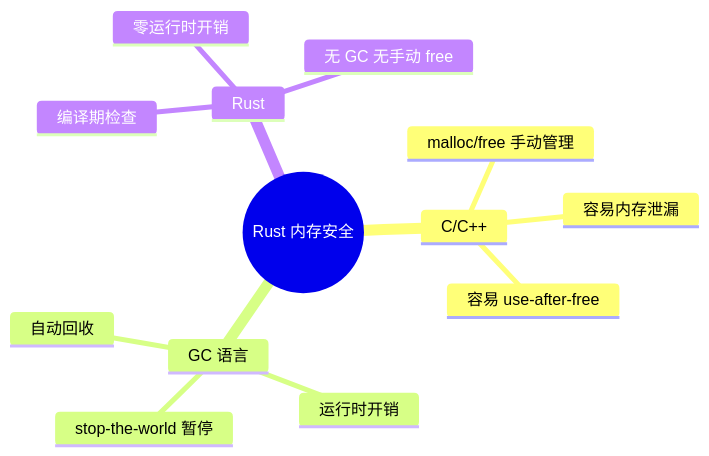
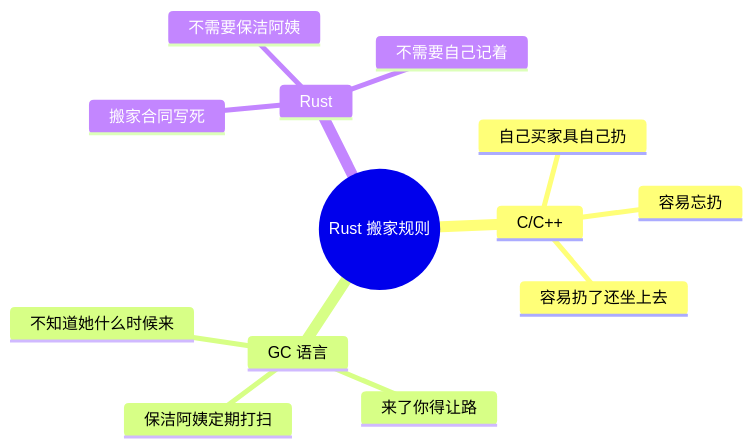
One commit to qknow-0/blog changed the fourth of 4 diagrams in languages/rust/ownership.md. Above: the diagram before and after it, drawn with Mermaid. The commit also changed other lines of this file and 10 other files, not shown here.

Commit message:
docs: Rust 全系列比喻重写——搬家/停车票/背包/快递/应聘/集装箱/图书馆/公寓楼/食品质检/酒店

````diff
--- a/languages/rust/ownership.md
+++ b/languages/rust/ownership.md
@@ -127,16 +130,16 @@
 ```mermaid
 mindmap
-  root((Rust 内存安全))
+  root((Rust 搬家规则))
     C/C++
-      malloc/free 手动管理
-      容易内存泄漏
-      容易 use-after-free
+      自己买家具自己扔
+      容易忘扔
+      容易扔了还坐上去
     GC 语言
-      自动回收
-      运行时开销
-      stop-the-world 暂停
+      保洁阿姨定期打扫
+      来了你得让路
+      不知道她什么时候来
     Rust
-      编译期检查
-      零运行时开销
-      无 GC 无手动 free
+      搬家合同写死
+      不需要保洁阿姨
+      不需要自己记着
 ```
````
